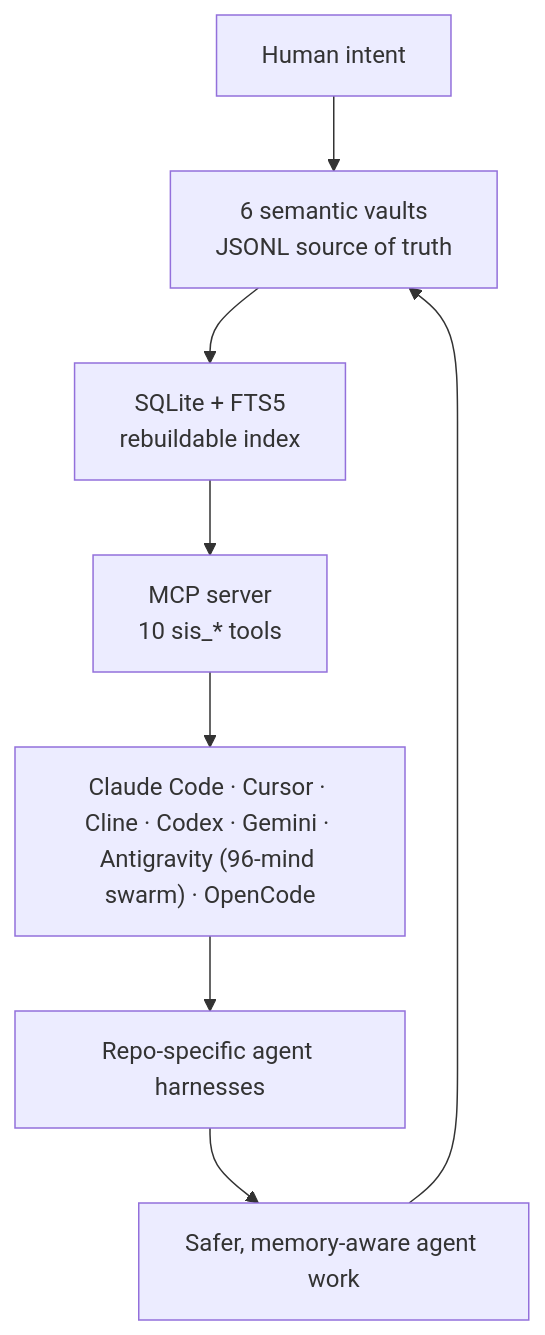
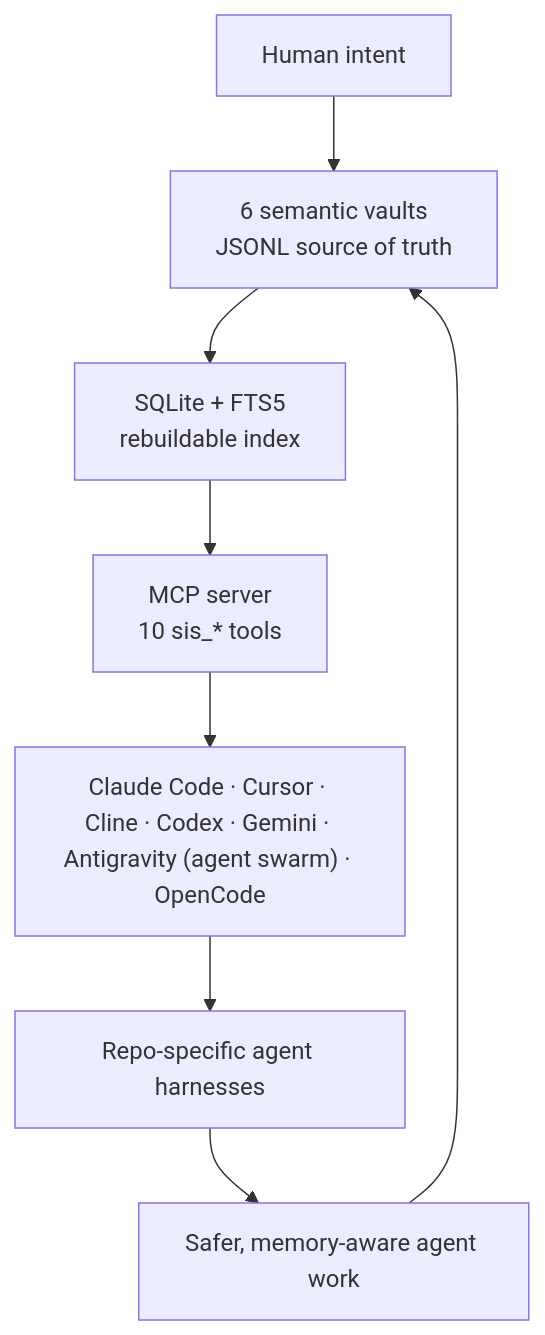
The diagram in README.md (frankxai/Starlight-Intelligence-System), drawn with Mermaid before and after one commit. The commit also changed other lines of this file and 26 other files, not shown here.

````diff
--- a/README.md
+++ b/README.md
@@ -37,18 +37,18 @@
 ```mermaid
 flowchart TB
   Human["Human intent"]
   Vaults["6 semantic vaults<br/>JSONL source of truth"]
   Index["SQLite + FTS5<br/>rebuildable index"]
   MCP["MCP server<br/>10 sis_* tools"]
-  Adapters["Claude Code · Cursor · Cline · Codex · Gemini · Antigravity (96-mind swarm) · OpenCode"]
+  Adapters["Claude Code · Cursor · Cline · Codex · Gemini · Antigravity (agent swarm) · OpenCode"]
   Repos["Repo-specific agent harnesses"]
   Output["Safer, memory-aware agent work"]
 
   Human --> Vaults
   Vaults --> Index
   Index --> MCP
   MCP --> Adapters
   Adapters --> Repos
   Repos --> Output
   Output --> Vaults
 ```
````
